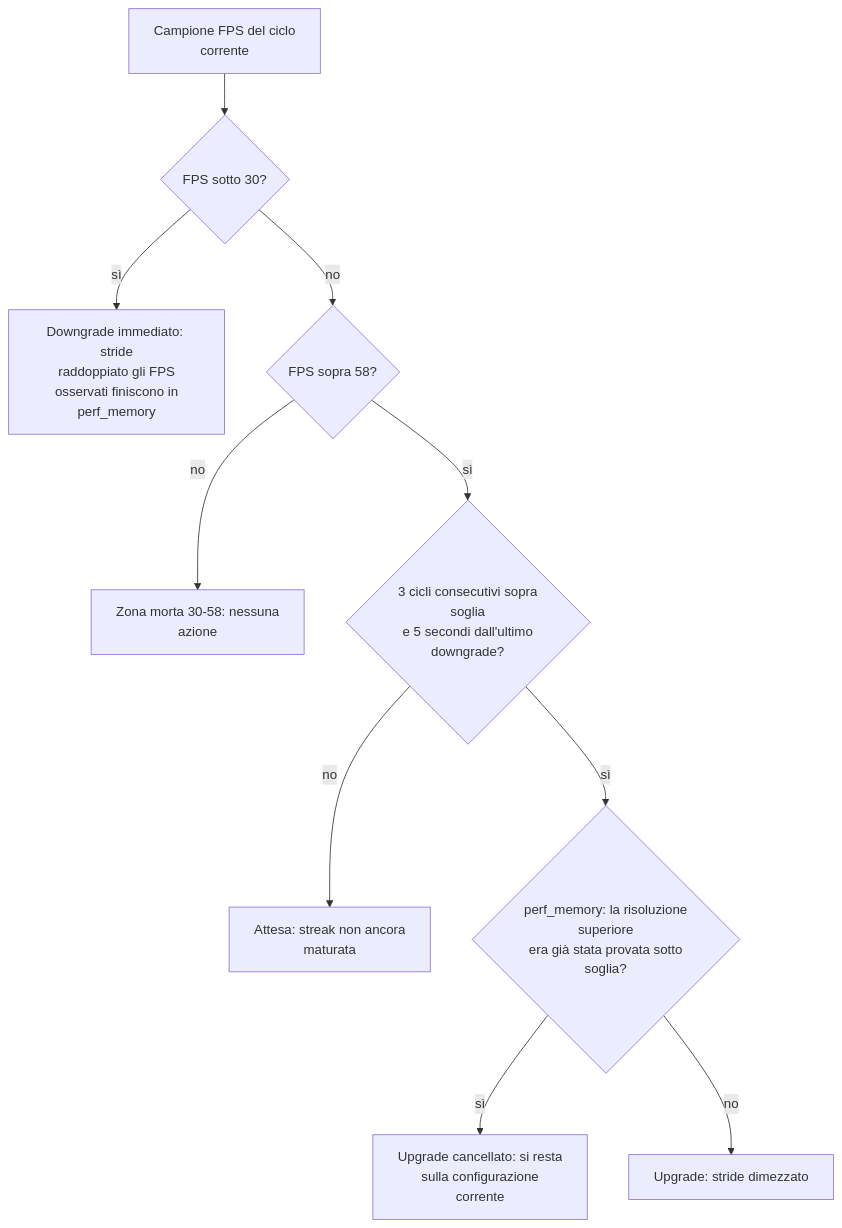
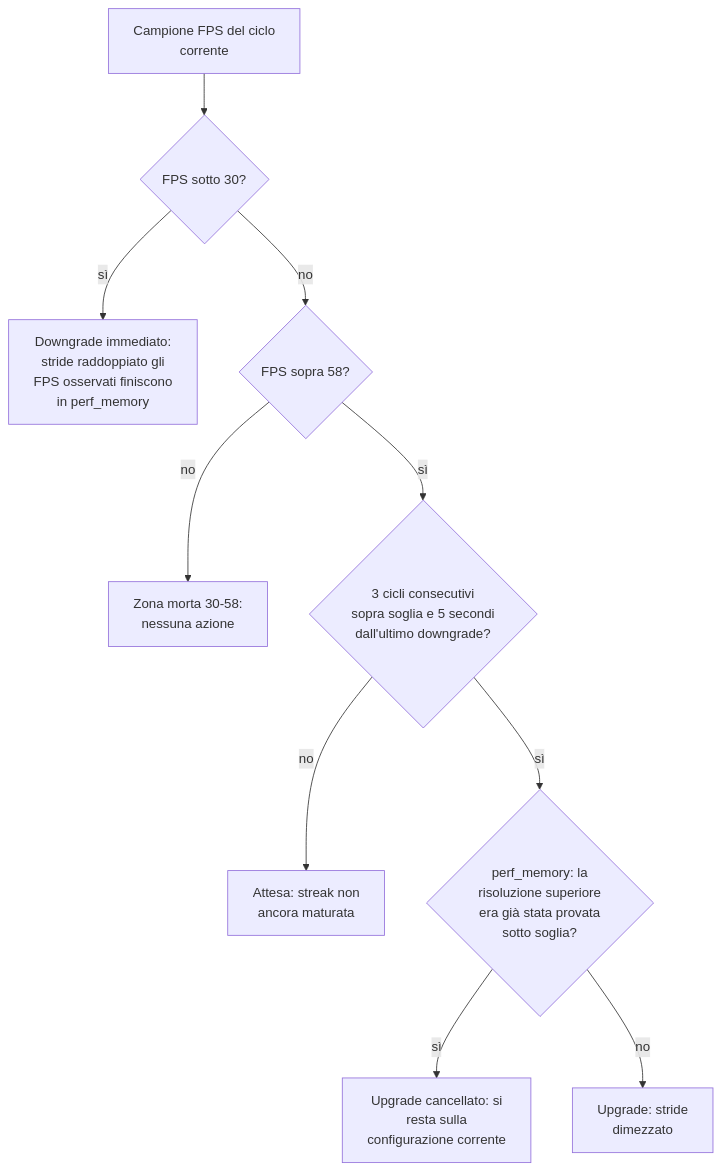
The seventh of 11 diagrams in ARCHITECTURE_DEEP_DIVE.it.md (alessandro-pioli/AstroCausal_Engine), drawn with Mermaid before and after one commit. The commit also changed other lines of this file and 2 other files, not shown here.

````diff
--- a/ARCHITECTURE_DEEP_DIVE.it.md
+++ b/ARCHITECTURE_DEEP_DIVE.it.md
@@ -560,12 +558,12 @@
 ```mermaid
 flowchart TD
     A["Campione FPS del ciclo<br/>corrente"] --> B{"FPS sotto 30?"}
-    B -->|"sì"| C["Downgrade immediato: stride<br/>raddoppiato gli FPS<br/>osservati finiscono in<br/>perf_memory"]
+    B -->|"sì"| C["Downgrade immediato:<br/>stride raddoppiato gli<br/>FPS osservati finiscono<br/>in perf_memory"]
     B -->|"no"| D{"FPS sopra 58?"}
-    D -->|"no"| E["Zona morta 30-58: nessuna<br/>azione"]
-    D -->|"sì"| F{"3 cicli consecutivi sopra<br/>soglia<br/>e 5 secondi dall'ultimo<br/>downgrade?"}
-    F -->|"no"| G["Attesa: streak non ancora<br/>maturata"]
-    F -->|"sì"| H{"perf_memory: la risoluzione<br/>superiore<br/>era già stata provata sotto<br/>soglia?"}
-    H -->|"sì"| I["Upgrade cancellato: si resta<br/>sulla configurazione<br/>corrente"]
-    H -->|"no"| J["Upgrade: stride dimezzato"]
+    D -->|"no"| E["Zona morta 30-58:<br/>nessuna azione"]
+    D -->|"sì"| F{"3 cicli consecutivi<br/>sopra soglia e 5 secondi<br/>dall'ultimo downgrade?"}
+    F -->|"no"| G["Attesa: streak non<br/>ancora maturata"]
+    F -->|"sì"| H{"perf_memory: la<br/>risoluzione superiore<br/>era già stata provata<br/>sotto soglia?"}
+    H -->|"sì"| I["Upgrade cancellato: si<br/>resta sulla<br/>configurazione corrente"]
+    H -->|"no"| J["Upgrade: stride<br/>dimezzato"]
 ```
````
